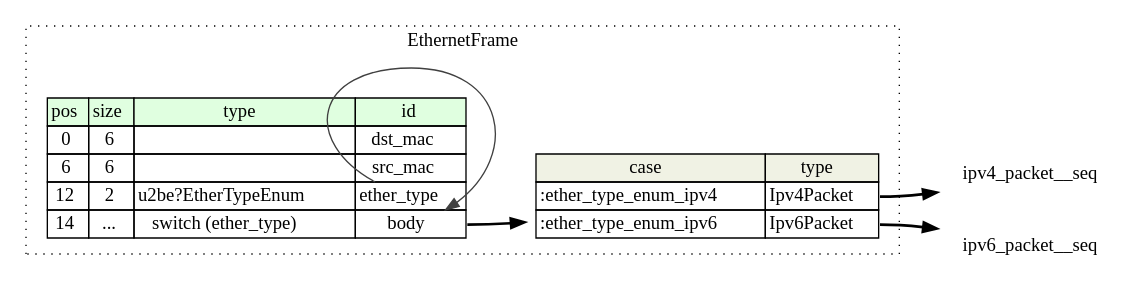
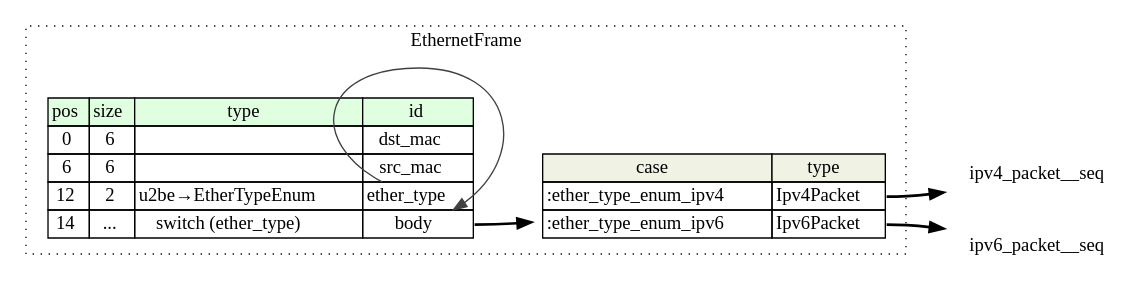
Before and after one commit to kaitai-io/formats-kaitai-io.github.io: the diagram in ethernet_frame/src/graphviz/ethernet_frame.dot, drawn with Graphviz. The commit also changed 262 other files, not shown here.

```diff
--- a/ethernet_frame/src/graphviz/ethernet_frame.dot
+++ b/ethernet_frame/src/graphviz/ethernet_frame.dot
@@ -1,25 +1,25 @@
 digraph {
 	rankdir=LR;
 	node [shape=plaintext];
 	subgraph cluster__ethernet_frame {
 		label="EthernetFrame";
 		graph[style=dotted];
 
 		ethernet_frame__seq [label=<<TABLE BORDER="0" CELLBORDER="1" CELLSPACING="0">
 			<TR><TD BGCOLOR="#E0FFE0">pos</TD><TD BGCOLOR="#E0FFE0">size</TD><TD BGCOLOR="#E0FFE0">type</TD><TD BGCOLOR="#E0FFE0">id</TD></TR>
 			<TR><TD PORT="dst_mac_pos">0</TD><TD PORT="dst_mac_size">6</TD><TD></TD><TD PORT="dst_mac_type">dst_mac</TD></TR>
 			<TR><TD PORT="src_mac_pos">6</TD><TD PORT="src_mac_size">6</TD><TD></TD><TD PORT="src_mac_type">src_mac</TD></TR>
-			<TR><TD PORT="ether_type_pos">12</TD><TD PORT="ether_type_size">2</TD><TD>u2be?EtherTypeEnum</TD><TD PORT="ether_type_type">ether_type</TD></TR>
+			<TR><TD PORT="ether_type_pos">12</TD><TD PORT="ether_type_size">2</TD><TD>u2be→EtherTypeEnum</TD><TD PORT="ether_type_type">ether_type</TD></TR>
 			<TR><TD PORT="body_pos">14</TD><TD PORT="body_size">...</TD><TD>switch (ether_type)</TD><TD PORT="body_type">body</TD></TR>
 		</TABLE>>];
 ethernet_frame__seq_body_switch [label=<<TABLE BORDER="0" CELLBORDER="1" CELLSPACING="0">
 	<TR><TD BGCOLOR="#F0F2E4">case</TD><TD BGCOLOR="#F0F2E4">type</TD></TR>
 	<TR><TD>:ether_type_enum_ipv4</TD><TD PORT="case0">Ipv4Packet</TD></TR>
 	<TR><TD>:ether_type_enum_ipv6</TD><TD PORT="case1">Ipv6Packet</TD></TR>
 </TABLE>>];
 	}
 	ethernet_frame__seq:body_type -> ethernet_frame__seq_body_switch [style=bold];
 	ethernet_frame__seq_body_switch:case0 -> ipv4_packet__seq [style=bold];
 	ethernet_frame__seq_body_switch:case1 -> ipv6_packet__seq [style=bold];
 	ethernet_frame__seq:ether_type_type -> ethernet_frame__seq:body_type [color="#404040"];
 }
```
